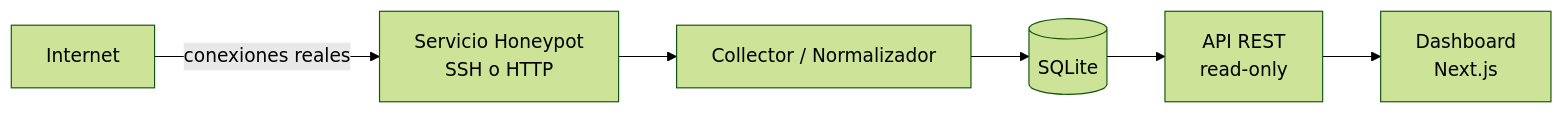
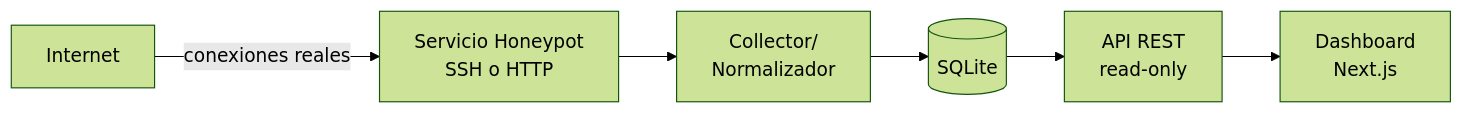
The diagram in README.md (jonortega/honeypot-ui-lab), drawn with Mermaid (forest theme) before and after one commit. The commit also changed other lines of this file, not shown here.

````diff
--- a/README.md
+++ b/README.md
@@ -49,8 +48,8 @@
 ``` mermaid
 flowchart LR
   A[Internet] -->|conexiones reales| B[Servicio Honeypot<br/>SSH o HTTP]
-  B --> C[Collector / Normalizador]
+  B --> C[Collector/<br/>Normalizador]
   C --> D[(SQLite)]
   D --> E[API REST<br/>read-only]
   E --> F[Dashboard<br/>Next.js]
 ```
````
